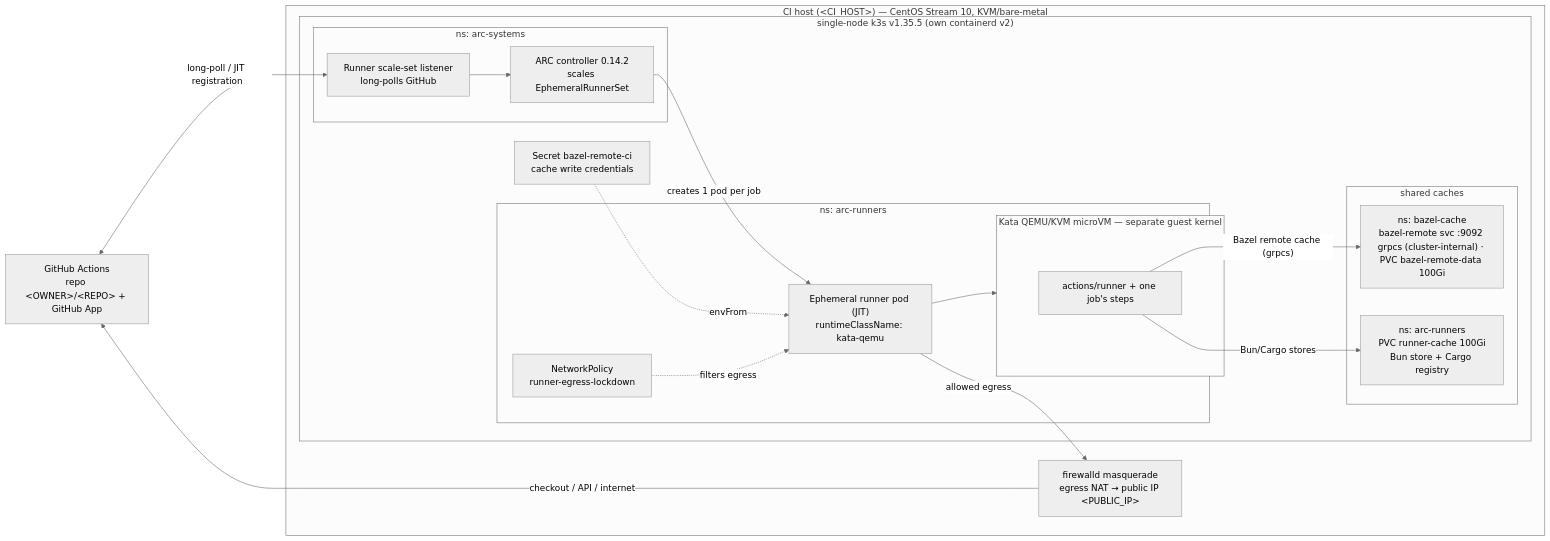
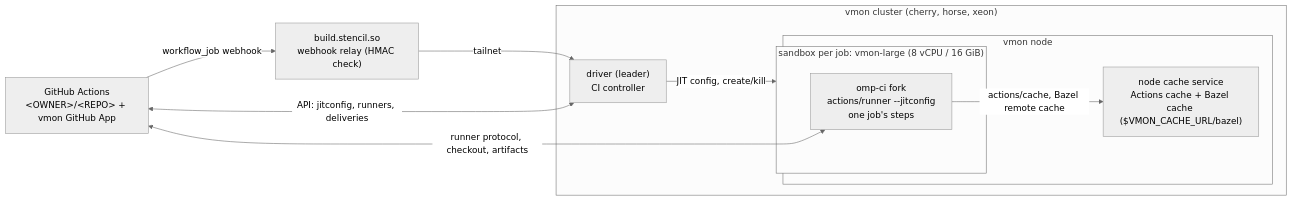
One commit to feigo313/omp-zh-i18n changed the diagram in infra/docs/README.md. Above: the diagram before and after it, drawn with Mermaid (neutral theme). The commit also changed other lines of this file and 2621 other files, not shown here.

````diff
--- a/infra/docs/README.md
+++ b/infra/docs/README.md
@@ -9,37 +7,22 @@
 ```mermaid
 flowchart LR
-    GH["GitHub Actions<br/>repo &lt;OWNER&gt;/&lt;REPO&gt; + GitHub App"]
+    GH["GitHub Actions<br/>&lt;OWNER&gt;/&lt;REPO&gt; + vmon GitHub App"]
+    RELAY["build.stencil.so<br/>webhook relay (HMAC check)"]
 
-    subgraph HOST["CI host (&lt;CI_HOST&gt;) — CentOS Stream 10, KVM/bare-metal"]
-      NAT["firewalld masquerade<br/>egress NAT → public IP &lt;PUBLIC_IP&gt;"]
-      subgraph K3S["single-node k3s v1.35.5 (own containerd v2)"]
-        subgraph SYS["ns: arc-systems"]
-          LIS["Runner scale-set listener<br/>long-polls GitHub"]
-          CTRL["ARC controller 0.14.2<br/>scales EphemeralRunnerSet"]
+    subgraph VMON["vmon cluster (cherry, horse, xeon)"]
+      DRV["driver (leader)<br/>CI controller"]
+      subgraph NODE["vmon node"]
+        CACHE["node cache service<br/>Actions cache + Bazel cache ($VMON_CACHE_URL/bazel)"]
+        subgraph SB["sandbox per job: vmon-large (8 vCPU / 16 GiB)"]
+          JOB["omp-ci fork<br/>actions/runner --jitconfig<br/>one job's steps"]
         end
-        subgraph RUN["ns: arc-runners"]
-          NP["NetworkPolicy<br/>runner-egress-lockdown"]
-          POD["Ephemeral runner pod (JIT)<br/>runtimeClassName: kata-qemu"]
-          subgraph VM["Kata QEMU/KVM microVM — separate guest kernel"]
-            JOB["actions/runner + one job's steps"]
-          end
-        end
-        subgraph CACHE["shared caches"]
-          BRC["ns: bazel-cache<br/>bazel-remote svc :9092 grpcs (cluster-internal) · PVC bazel-remote-data 100Gi"]
-          PVC["ns: arc-runners<br/>PVC runner-cache 100Gi<br/>Bun store + Cargo registry"]
-        end
-        SEC["Secret bazel-remote-ci<br/>cache write credentials"]
       end
     end
 
-    GH <-->|"long-poll / JIT registration"| LIS
-    LIS --> CTRL
-    CTRL -->|"creates 1 pod per job"| POD
-    POD --> VM
-    SEC -.->|"envFrom"| POD
-    NP -.->|"filters egress"| POD
-    JOB -->|"Bazel remote cache (grpcs)"| BRC
-    JOB -->|"Bun/Cargo stores"| PVC
-    POD -->|"allowed egress"| NAT
-    NAT -->|"checkout / API / internet"| GH
+    GH -->|"workflow_job webhook"| RELAY
+    RELAY -->|"tailnet"| DRV
+    DRV -->|"JIT config, create/kill"| SB
+    DRV <-->|"API: jitconfig, runners, deliveries"| GH
+    JOB <-->|"runner protocol, checkout, artifacts"| GH
+    JOB -->|"actions/cache, Bazel remote cache"| CACHE
 ```
````
